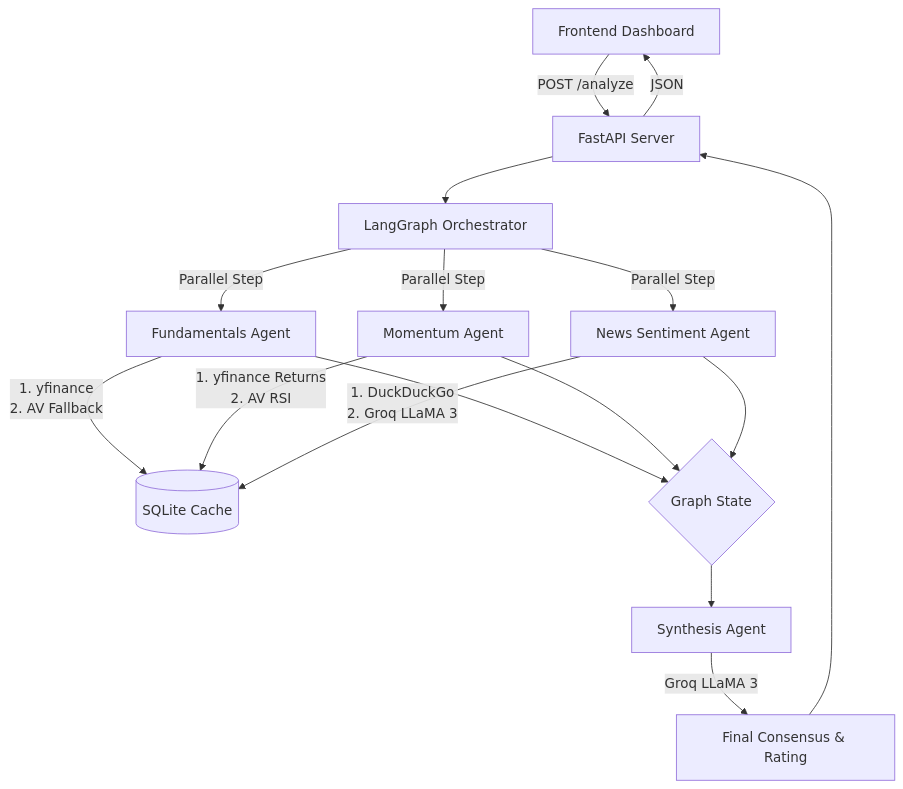
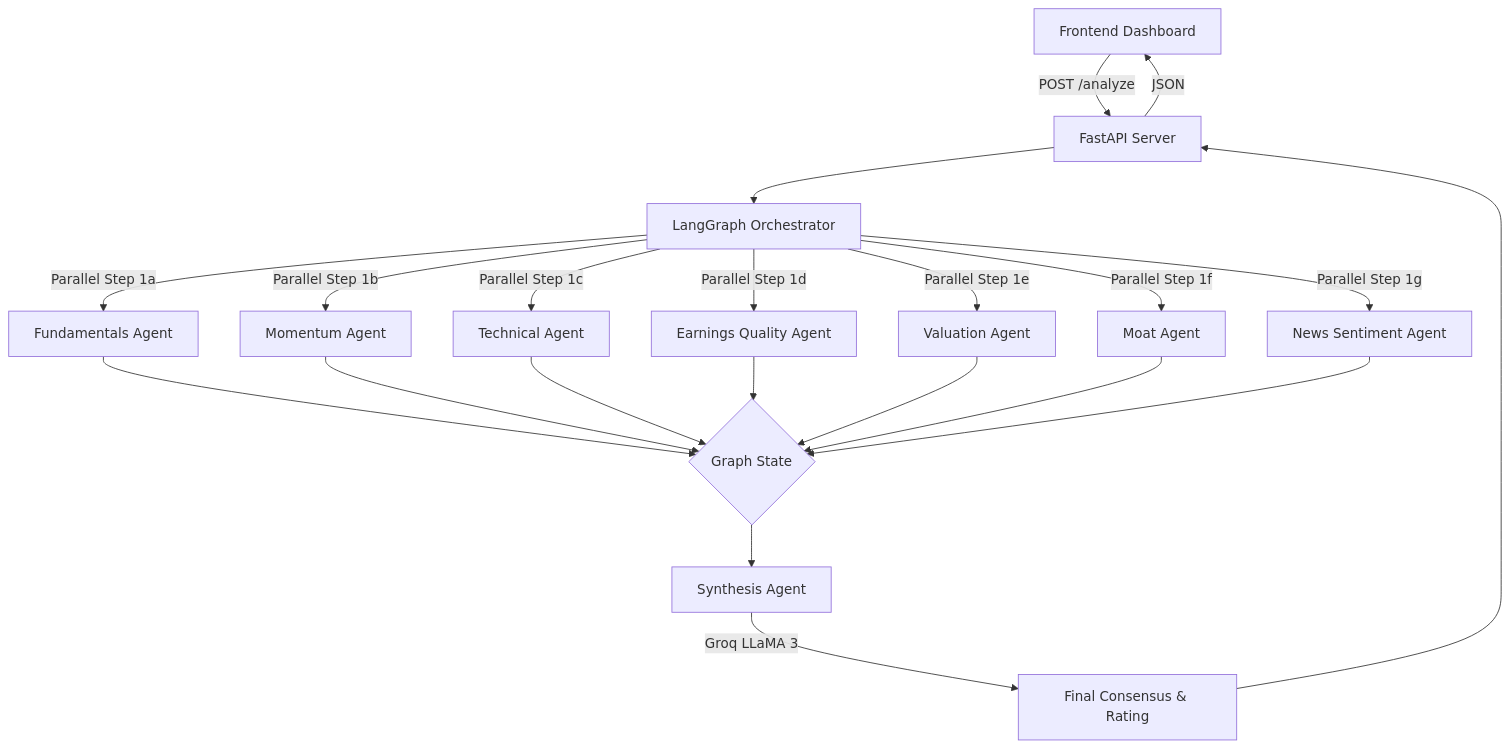
Before and after one commit to jayantsom/fin-vantage-scout: the diagram in README.md, drawn with Mermaid. The commit also changed other lines of this file and 16 other files, not shown here.

````diff
--- a/README.md
+++ b/README.md
@@ -120,22 +158,20 @@
 ```mermaid
 graph TD
     UI[Frontend Dashboard] -->|POST /analyze| API[FastAPI Server]
     API --> Graph[LangGraph Orchestrator]
     
-    Graph -->|Parallel Step| A[Fundamentals Agent]
-    Graph -->|Parallel Step| B[Momentum Agent]
-    Graph -->|Parallel Step| C[News Sentiment Agent]
+    Graph -->|Parallel Step 1a| A[Fundamentals Agent]
+    Graph -->|Parallel Step 1b| B[Momentum Agent]
+    Graph -->|Parallel Step 1c| C[Technical Agent]
+    Graph -->|Parallel Step 1d| D[Earnings Quality Agent]
+    Graph -->|Parallel Step 1e| E[Valuation Agent]
+    Graph -->|Parallel Step 1f| F[Moat Agent]
+    Graph -->|Parallel Step 1g| G[News Sentiment Agent]
     
-    A -->|1. yfinance<br>2. AV Fallback| DB1[(SQLite Cache)]
-    B -->|1. yfinance Returns<br>2. AV RSI| DB1
-    C -->|1. DuckDuckGo<br>2. Groq LLaMA 3| DB1
+    A & B & C & D & E & F & G --> State{Graph State}
     
-    A --> State{Graph State}
-    B --> State
-    C --> State
-    
-    State --> D[Synthesis Agent]
-    D -->|Groq LLaMA 3| Final[Final Consensus & Rating]
+    State --> H[Synthesis Agent]
+    H -->|Groq LLaMA 3| Final[Final Consensus & Rating]
     Final --> API
     API -->|JSON| UI
 ```
````
